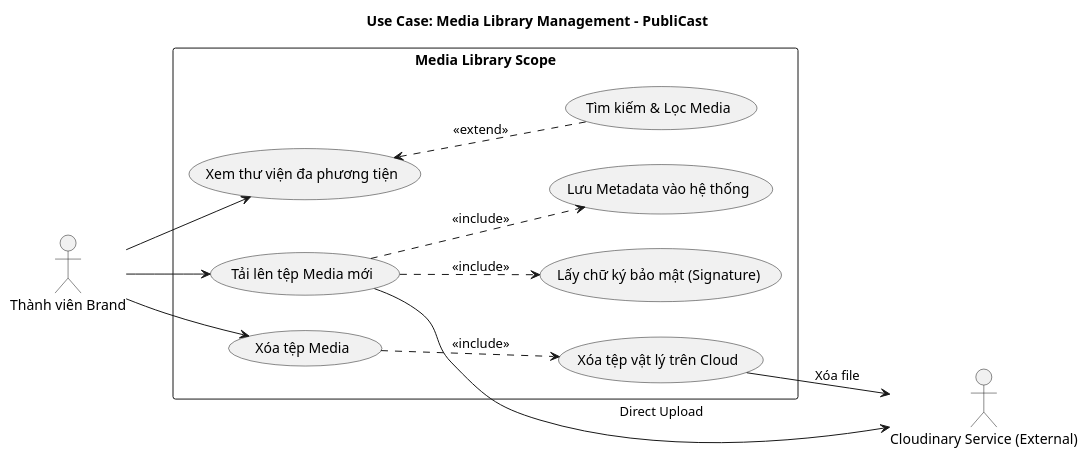
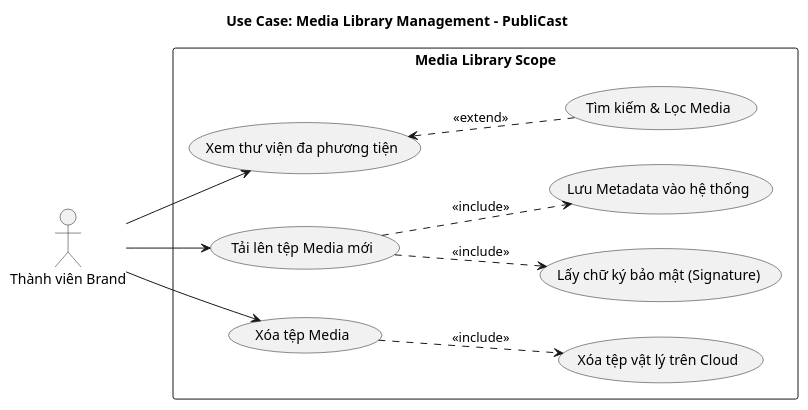
Before and after one commit to Nguyen-Thanh-Huy-io/FCAJ-AWS-Project: the diagram in docs/diagrams/usecase_media_library.puml, drawn with PlantUML. The commit also changed 34 other files, not shown here.

```diff
--- a/docs/diagrams/usecase_media_library.puml
+++ b/docs/diagrams/usecase_media_library.puml
@@ -1,41 +1,37 @@
 @startuml UseCase_Media_Library
 title Use Case: Media Library Management - PubliCast
 
 left to right direction
 skinparam monochrome true
 skinparam shading false
 
-
 actor "Thành viên Brand" as ActorMember
-actor "Cloudinary Service (External)" as ActorCloudinary
 
 rectangle "Media Library Scope" {
     usecase "Xem thư viện đa phương tiện" as UC_ViewLibrary
     usecase "Tìm kiếm & Lọc Media" as UC_SearchMedia
     
     usecase "Tải lên tệp Media mới" as UC_UploadMedia
     usecase "Lấy chữ ký bảo mật (Signature)" as UC_GetSignature
     usecase "Lưu Metadata vào hệ thống" as UC_SaveMetadata
     
     usecase "Xóa tệp Media" as UC_DeleteMedia
     usecase "Xóa tệp vật lý trên Cloud" as UC_CloudDelete
 }
 
 ' Thành viên Brand tương tác
 ActorMember --> UC_ViewLibrary
 ActorMember --> UC_UploadMedia
 ActorMember --> UC_DeleteMedia
 
 ' Tra cứu Media
 UC_ViewLibrary <.. UC_SearchMedia : <<extend>>
 
 ' Luồng tải lên Media
 UC_UploadMedia ..> UC_GetSignature : <<include>>
 UC_UploadMedia ..> UC_SaveMetadata : <<include>>
-UC_UploadMedia --> ActorCloudinary : Direct Upload
 
 ' Luồng xóa Media
 UC_DeleteMedia ..> UC_CloudDelete : <<include>>
-UC_CloudDelete --> ActorCloudinary : Xóa file
 
 @enduml
```
